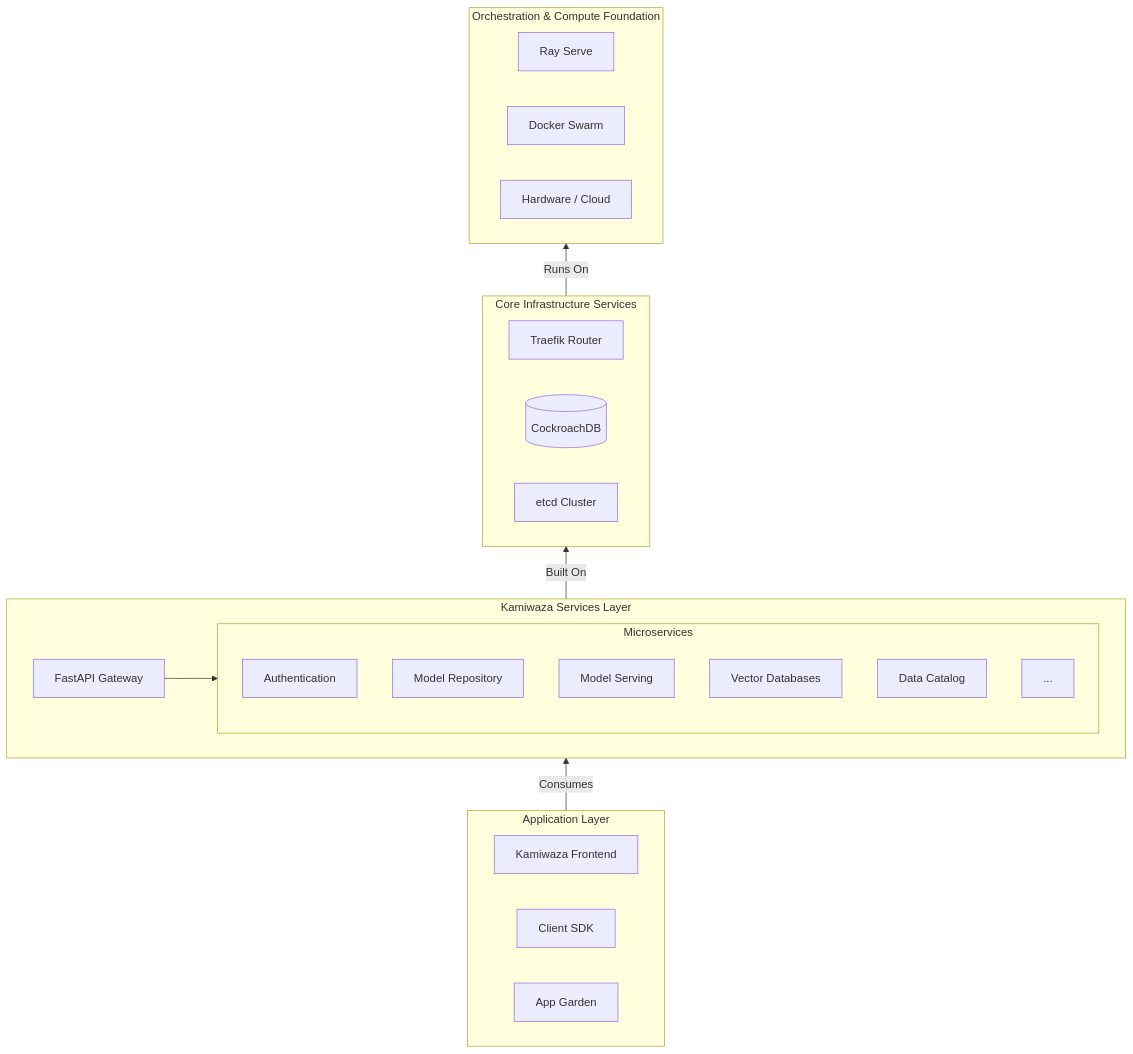
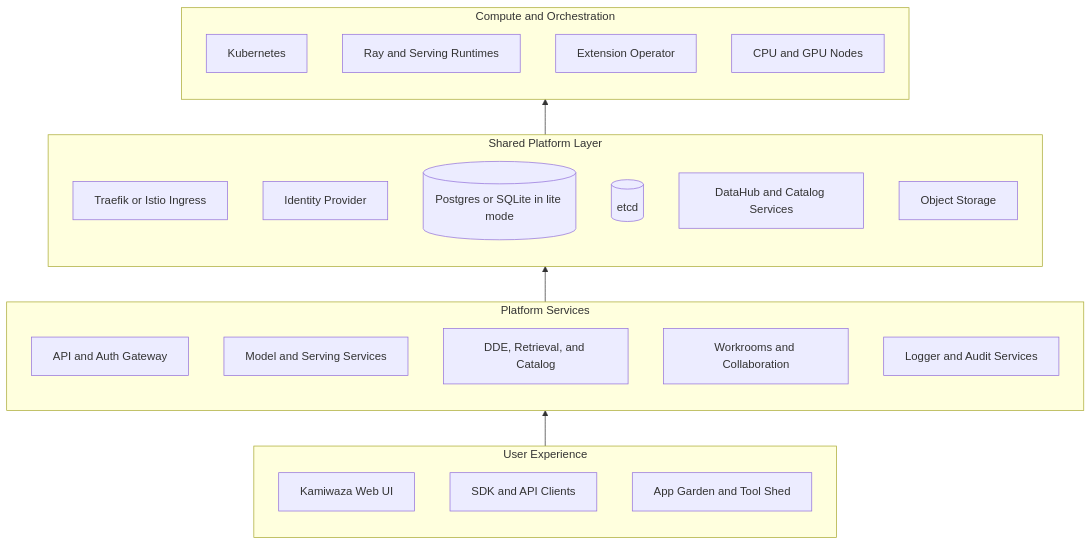
The diagram in docs/versioned_docs/version-0.12.0/architecture/overview.md (kamiwaza-ai/kamiwaza-docs), drawn with Mermaid before and after one commit. The commit also changed other lines of this file and 30 other files, not shown here.

First line of the commit message:
Update documentation for App Garden, Data Catalog, and Observability

````diff
--- a/docs/versioned_docs/version-0.12.0/architecture/overview.md
+++ b/docs/versioned_docs/version-0.12.0/architecture/overview.md
@@ -13,41 +11,36 @@
 ```mermaid
 flowchart BT
-    subgraph AppLayer[Application Layer]
-        direction LR
-        Frontend[Kamiwaza Frontend]
-        ClientSDK[Client SDK]
-        AppGarden[App Garden]
+    subgraph Experience[User Experience]
+        Frontend[Kamiwaza Web UI]
+        SDK[SDK and API Clients]
+        Gardens[App Garden and Tool Shed]
     end
 
-    subgraph KamiwazaServices[Kamiwaza Services Layer]
-        direction LR
-        FastAPI[FastAPI Gateway]
-        subgraph Services[Microservices]
-            Auth[Authentication]
-            ModelRepo[Model Repository]
-            ModelServe[Model Serving]
-            VectorDB[Vector Databases]
-            Catalog[Data Catalog]
-            More[...]
-        end
-        FastAPI --> Services
+    subgraph Services[Platform Services]
+        Gateway[API and Auth Gateway]
+        Models[Model and Serving Services]
+        Data[DDE, Retrieval, and Catalog]
+        Workrooms[Workrooms and Collaboration]
+        Logger[Logger and Audit Services]
     end
 
-    subgraph CoreServices[Core Infrastructure Services]
-        direction LR
-        Traefik[Traefik Router]
-        DB[(CockroachDB)]
-        ETCD[etcd Cluster]
+    subgraph Platform[Shared Platform Layer]
+        Routing[Traefik or Istio Ingress]
+        IdP[Identity Provider]
+        Postgres[(Postgres or SQLite in lite mode)]
+        Etcd[(etcd)]
+        DataHub[DataHub and Catalog Services]
+        Storage[Object Storage]
     end
 
-    subgraph Foundation[Orchestration & Compute Foundation]
-        direction LR
-        Ray[Ray Serve]
-        Swarm[Docker Swarm]
-        HW[Hardware / Cloud]
+    subgraph Compute[Compute and Orchestration]
+        Kubernetes[Kubernetes]
+        Ray[Ray and Serving Runtimes]
+        Extensions[Extension Operator]
+        Nodes[CPU and GPU Nodes]
     end
 
-    AppLayer -- Consumes --> KamiwazaServices
-    KamiwazaServices -- Built On --> CoreServices
-    CoreServices -- Runs On --> Foundation
+    Experience --> Services
+    Services --> Platform
+    Platform --> Compute
 ```
````
